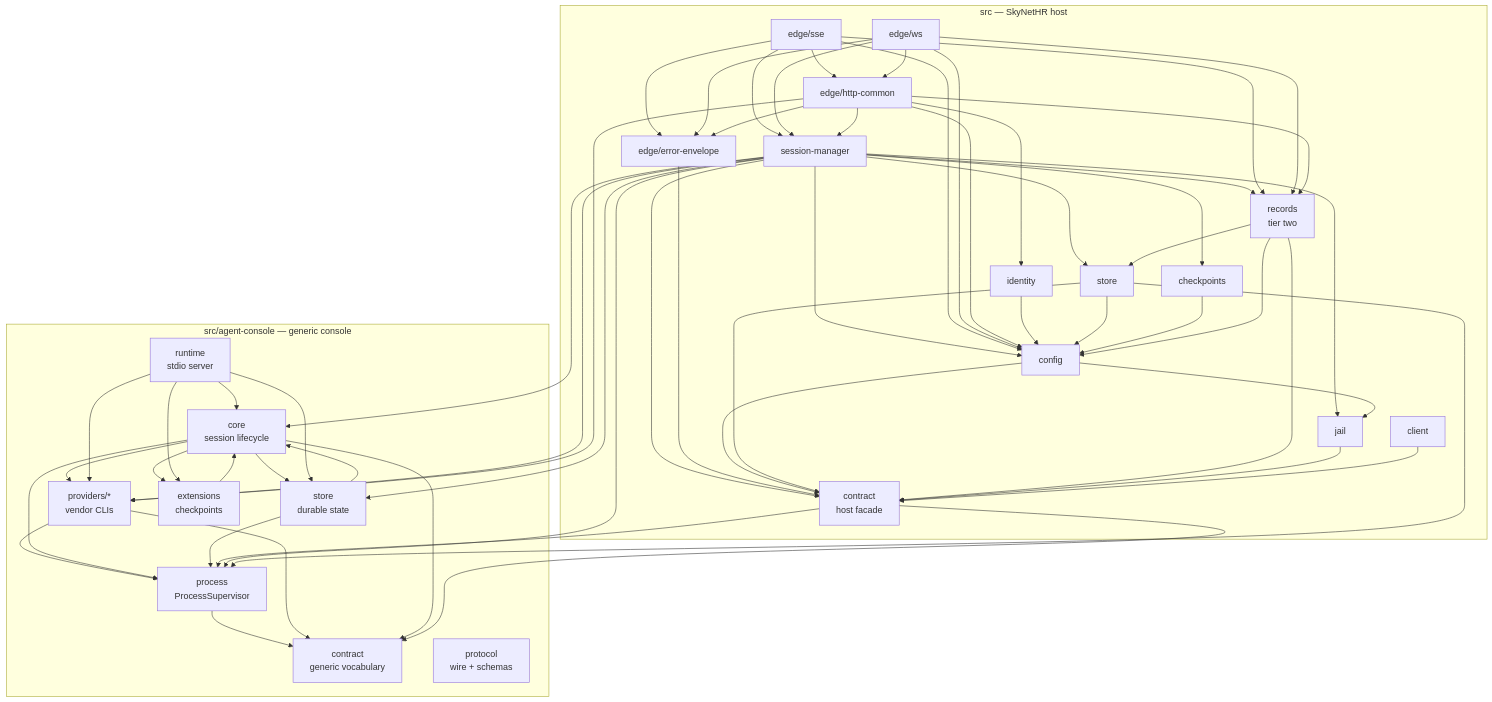
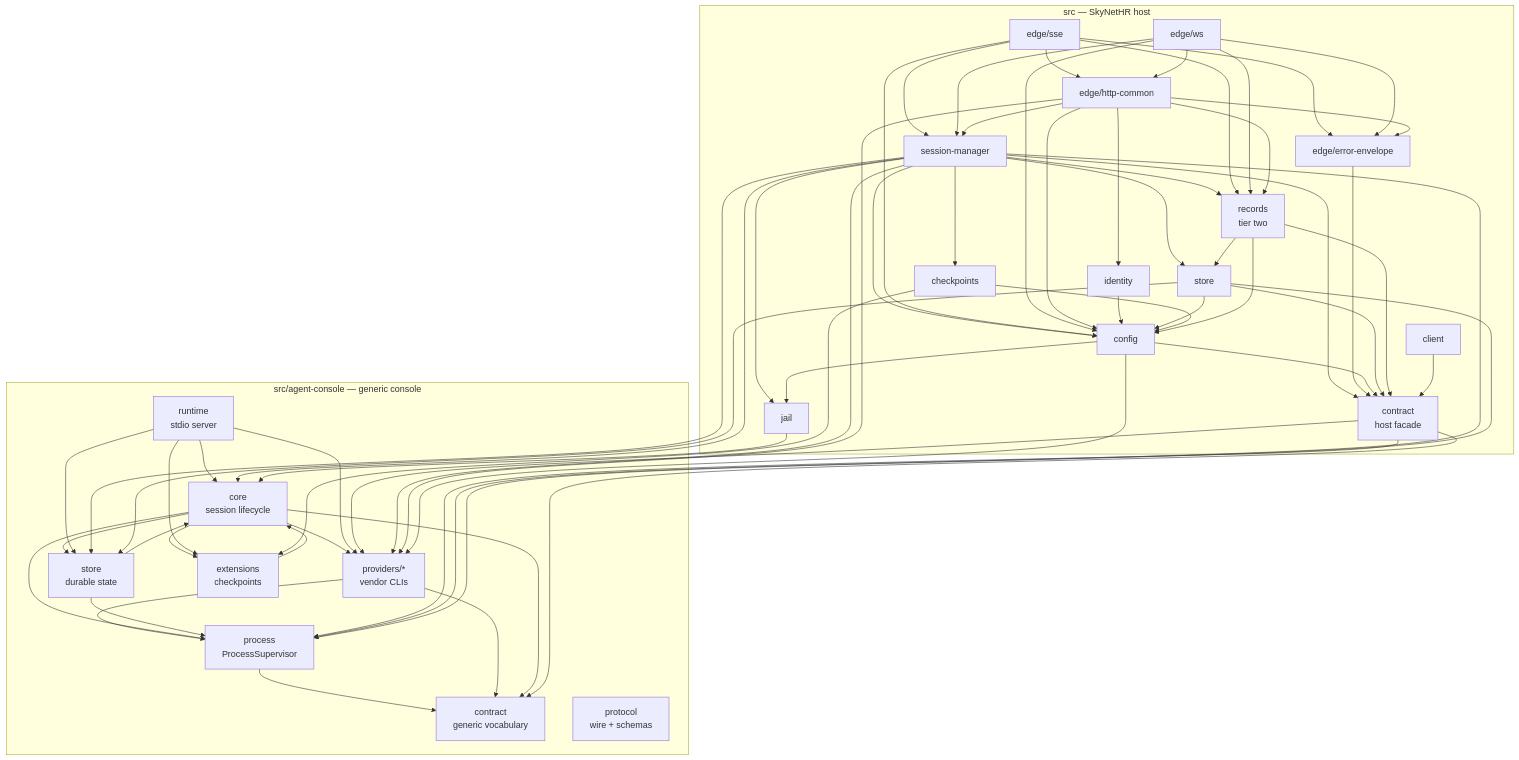
The second of 2 diagrams in design/10-design.md (The-Running-Dev/SubZeroDev.SkyNetHR), drawn with Mermaid before and after one commit. The commit also changed other lines of this file, not shown here.

````diff
--- a/design/10-design.md
+++ b/design/10-design.md
@@ -1077,6 +1077,7 @@
 
     CT --> AC
     CT --> PS
+    CT --> PV
     SM --> CO
     SM --> AS
     SM --> JL
@@ -1107,13 +1108,16 @@
     ID --> CF
     CF --> JL
     CF --> CT
+    CF --> PV
     ST --> CF
     ST --> CT
     ST --> PS
+    ST --> AS
     CK --> CF
+    CK --> EX
     RC --> ST
     RC --> CF
     RC --> CT
-    JL --> CT
+    JL --> CO
     CL --> CT
 ```
````
